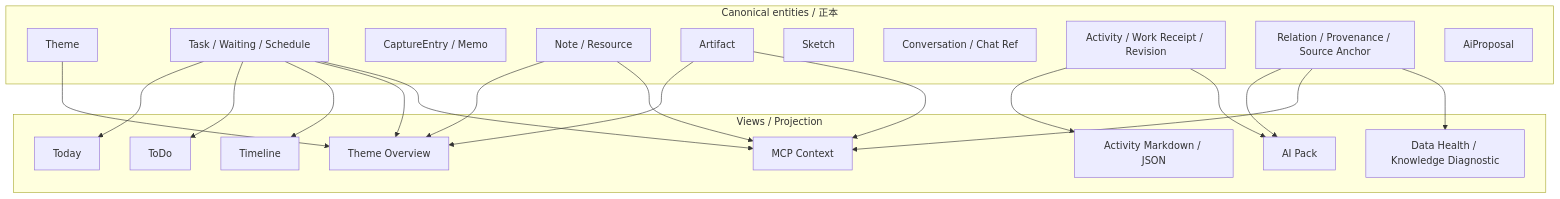
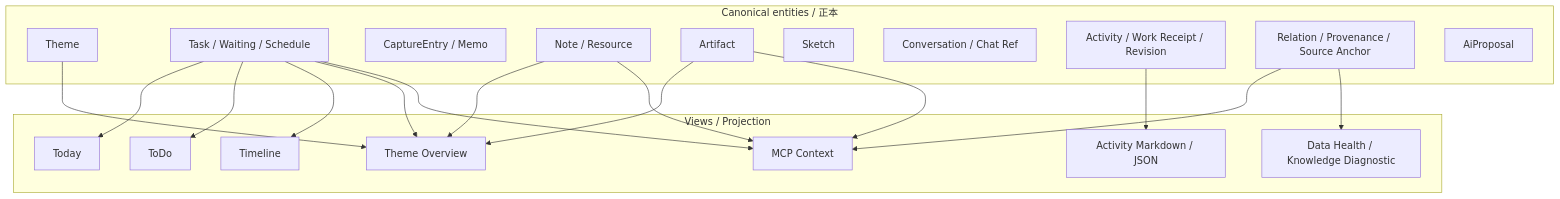
One commit to mryk814/tasuken changed the second of 2 diagrams in docs/product-atlas.md. Above: the diagram before and after it, drawn with Mermaid. The commit also changed other lines of this file and 6 other files, not shown here.

````diff
--- a/docs/product-atlas.md
+++ b/docs/product-atlas.md
@@ -104,42 +104,39 @@
 ```mermaid
 flowchart TB
   subgraph CANONICAL[Canonical entities / 正本]
     THEMEE[Theme]
     TASKE[Task / Waiting / Schedule]
     CAPTUREE[CaptureEntry / Memo]
     NOTE[Note / Resource]
     ARTE[Artifact]
     SKETCHE[Sketch]
     CONV[Conversation / Chat Ref]
     EVENT[Activity / Work Receipt / Revision]
     RELATION[Relation / Provenance / Source Anchor]
     PROPOSALE[AiProposal]
   end
 
   subgraph PROJECTION[Views / Projection]
     PTODAY[Today]
     PTODO[ToDo]
     PTIMELINE[Timeline]
     PTHEME[Theme Overview]
     PACTIVITY[Activity Markdown / JSON]
-    PAIPACK[AI Pack]
     PMCP[MCP Context]
     PHEALTH[Data Health / Knowledge Diagnostic]
   end
 
   TASKE --> PTODAY
   TASKE --> PTODO
   TASKE --> PTIMELINE
   THEMEE --> PTHEME
   TASKE --> PTHEME
   NOTE --> PTHEME
   ARTE --> PTHEME
   EVENT --> PACTIVITY
-  EVENT --> PAIPACK
-  RELATION --> PAIPACK
   RELATION --> PMCP
   TASKE --> PMCP
   NOTE --> PMCP
   ARTE --> PMCP
   RELATION --> PHEALTH
 ```
````
